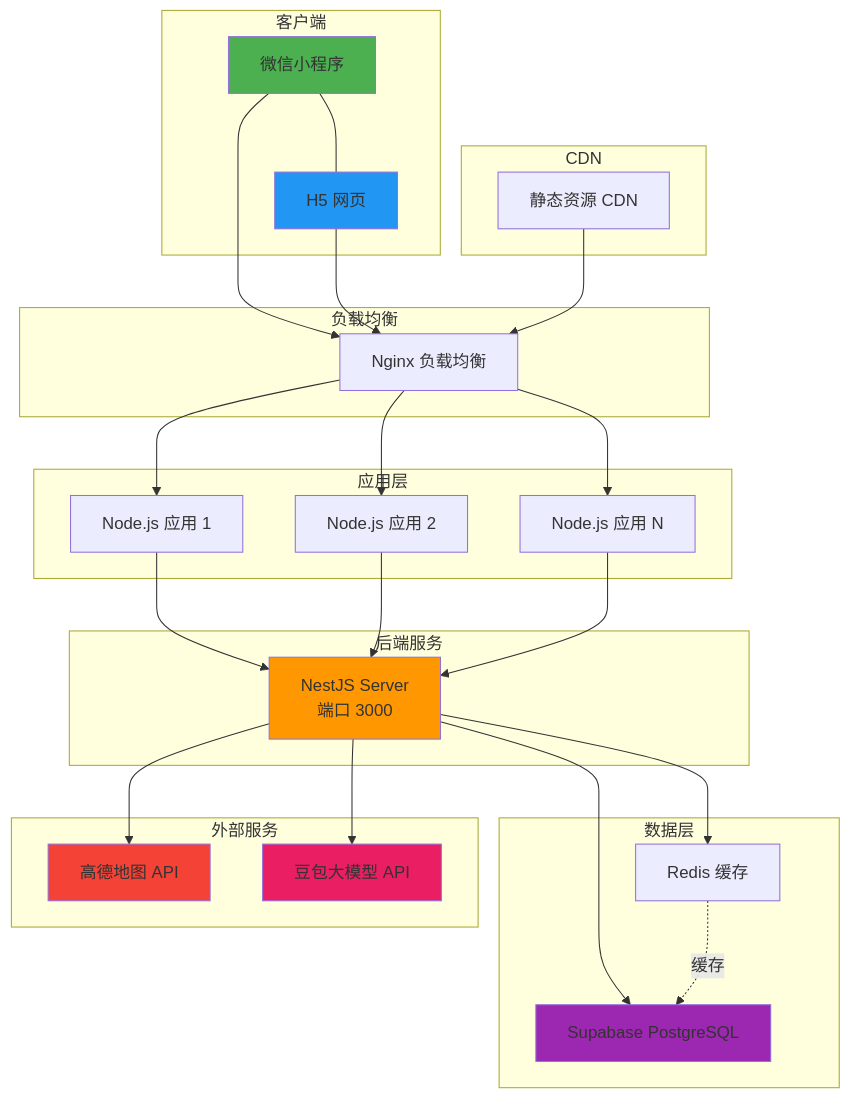
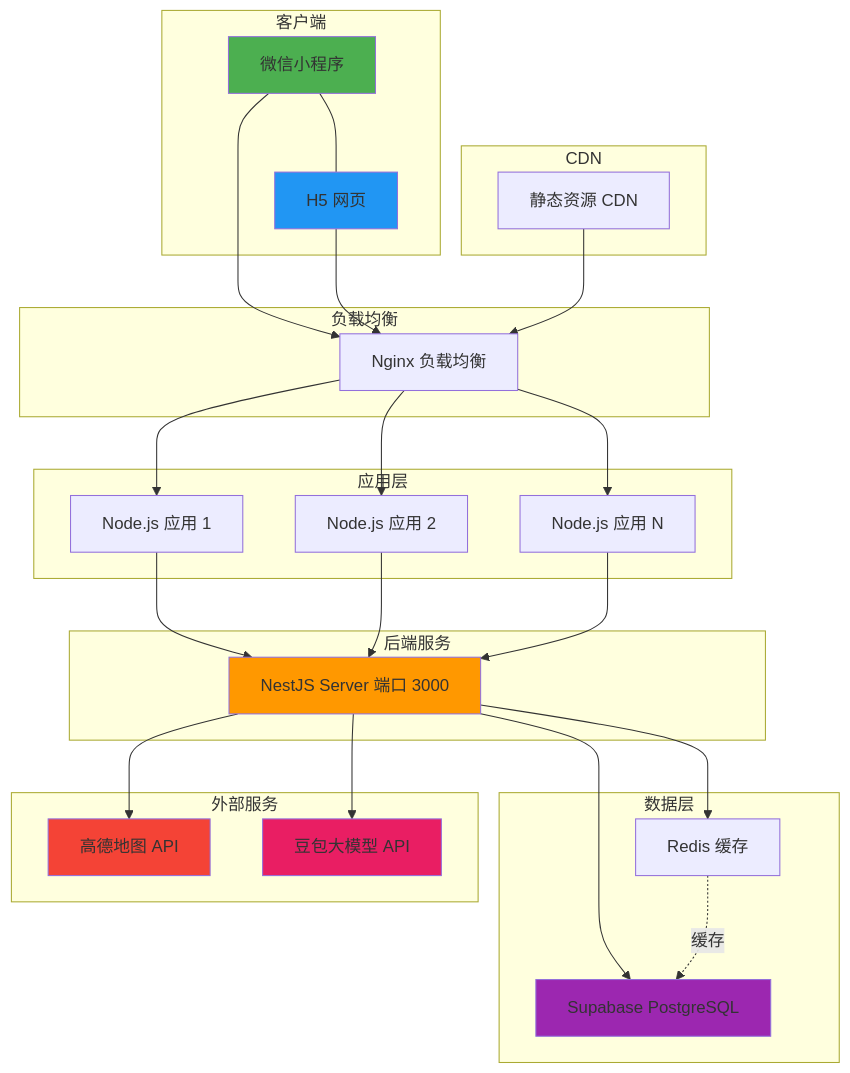
One commit to Pekaoseya/intelligent-itinerary-planner changed diagram 12 of 14 in ARCHITECTURE.md. Above: the diagram before and after it, drawn with Mermaid. The commit also changed other lines of this file and 2 other files, not shown here.

First line of the commit message:
fix: 修复 Mermaid 图表格式问题 - 移除 HTML 标签和修复双引号嵌套

````diff
--- a/ARCHITECTURE.md
+++ b/ARCHITECTURE.md
@@ -1093,60 +1093,60 @@
 ```mermaid
 graph TB
     subgraph 客户端
         A[微信小程序] --- B[H5 网页]
     end
 
     subgraph CDN
         C[静态资源 CDN]
     end
 
     subgraph 负载均衡
         D[Nginx 负载均衡]
     end
 
     subgraph 应用层
         E[Node.js 应用 1]
         F[Node.js 应用 2]
         G[Node.js 应用 N]
     end
 
     subgraph 后端服务
-        H[NestJS Server<br/>端口 3000]
+        H[NestJS Server 端口 3000]
     end
 
     subgraph 数据层
         I[Supabase PostgreSQL]
         J[Redis 缓存]
     end
 
     subgraph 外部服务
         K[高德地图 API]
         L[豆包大模型 API]
     end
 
     A --> D
     B --> D
     C --> D
 
     D --> E
     D --> F
     D --> G
 
     E --> H
     F --> H
     G --> H
 
     H --> I
     H --> J
     H --> K
     H --> L
 
     J -.缓存.-> I
 
     style A fill:#4CAF50
     style B fill:#2196F3
     style H fill:#FF9800
     style I fill:#9C27B0
     style K fill:#F44336
     style L fill:#E91E63
 ```
````
